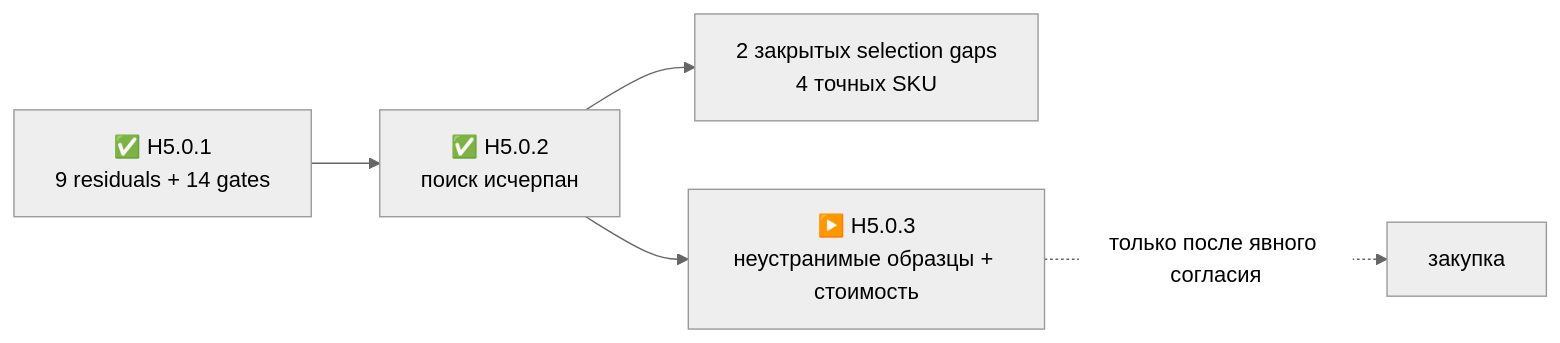
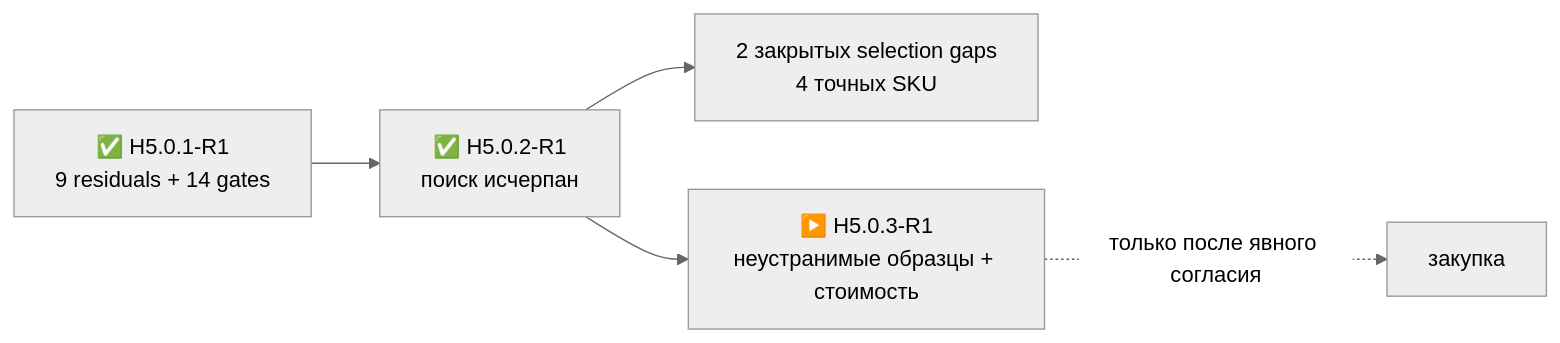
One commit to anton-vinogradov/esp32-leshy2 changed the diagram in docs/component-source-research.ru.md. Above: the diagram before and after it, drawn with Mermaid (neutral theme). The commit also changed other lines of this file and 26 other files, not shown here.

Commit message:
Review H5 source research and dual voice diagrams

````diff
--- a/docs/component-source-research.ru.md
+++ b/docs/component-source-research.ru.md
@@ -7,7 +7,7 @@
 ```mermaid
 flowchart LR
-  M["✅ H5.0.1<br/>9 residuals + 14 gates"] --> R["✅ H5.0.2<br/>поиск исчерпан"]
+  M["✅ H5.0.1-R1<br/>9 residuals + 14 gates"] --> R["✅ H5.0.2-R1<br/>поиск исчерпан"]
   R --> I["2 закрытых selection gaps<br/>4 точных SKU"]
-  R --> S["▶️ H5.0.3<br/>неустранимые образцы + стоимость"]
+  R --> S["▶️ H5.0.3-R1<br/>неустранимые образцы + стоимость"]
   S -. "только после явного согласия" .-> B["закупка"]
 ```
````
